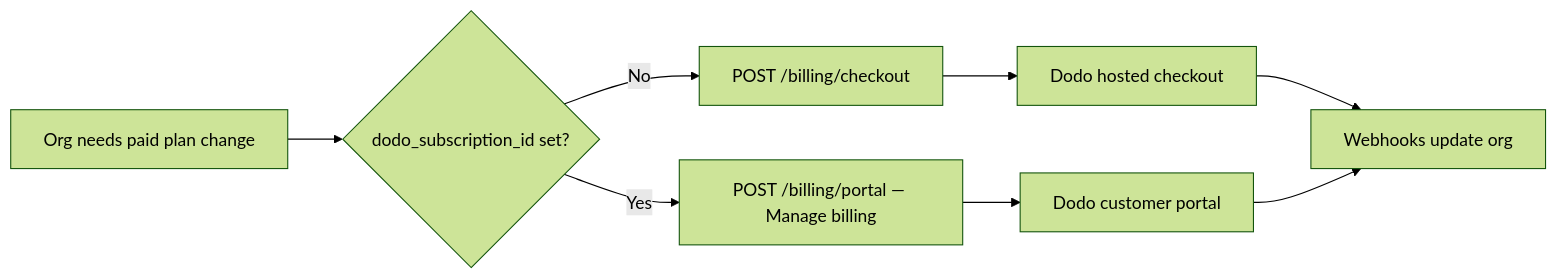
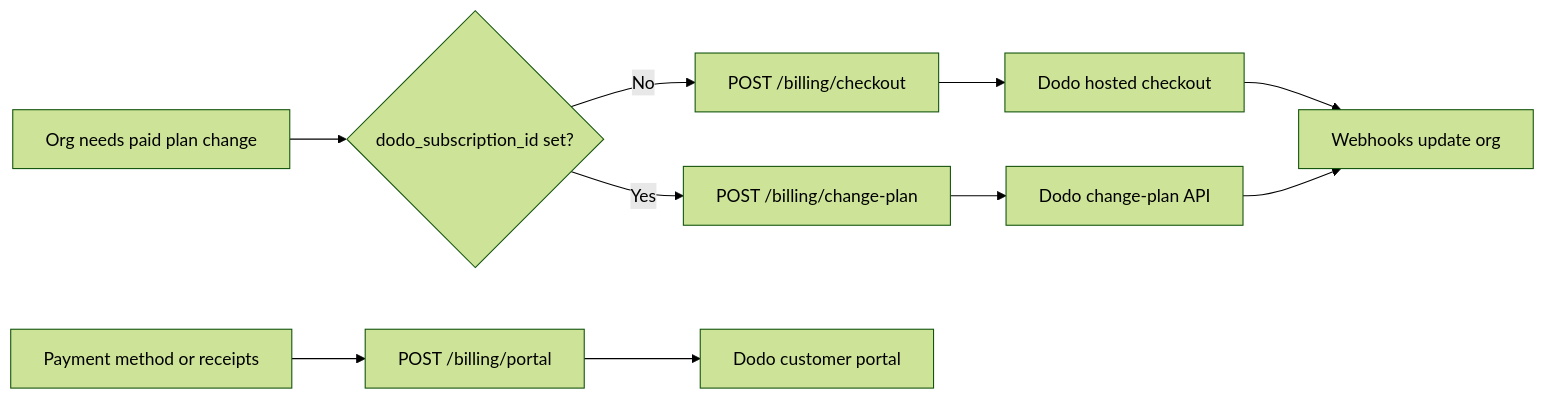
One commit to dabhivijay2478/InsightFlow changed the second of 3 diagrams in md-docs/dodo-payments-flowchart.md. Above: the diagram before and after it, drawn with Mermaid (forest theme). The commit also changed other lines of this file and 3 other files, not shown here.

Commit message:
docs: update billing architecture to support server-side change-plan API and clarify portal usage.

````diff
--- a/md-docs/dodo-payments-flowchart.md
+++ b/md-docs/dodo-payments-flowchart.md
@@ -59,10 +63,12 @@
 ```mermaid
 flowchart LR
   A[Org needs paid plan change] --> B{dodo_subscription_id set?}
   B -->|No| C[POST /billing/checkout]
-  B -->|Yes| D[POST /billing/portal — Manage billing]
+  B -->|Yes| D[POST /billing/change-plan]
   C --> E[Dodo hosted checkout]
-  D --> F[Dodo customer portal]
+  D --> F[Dodo change-plan API]
   E --> G[Webhooks update org]
   F --> G
+  H[Payment method or receipts] --> I[POST /billing/portal]
+  I --> J[Dodo customer portal]
 ```
````
